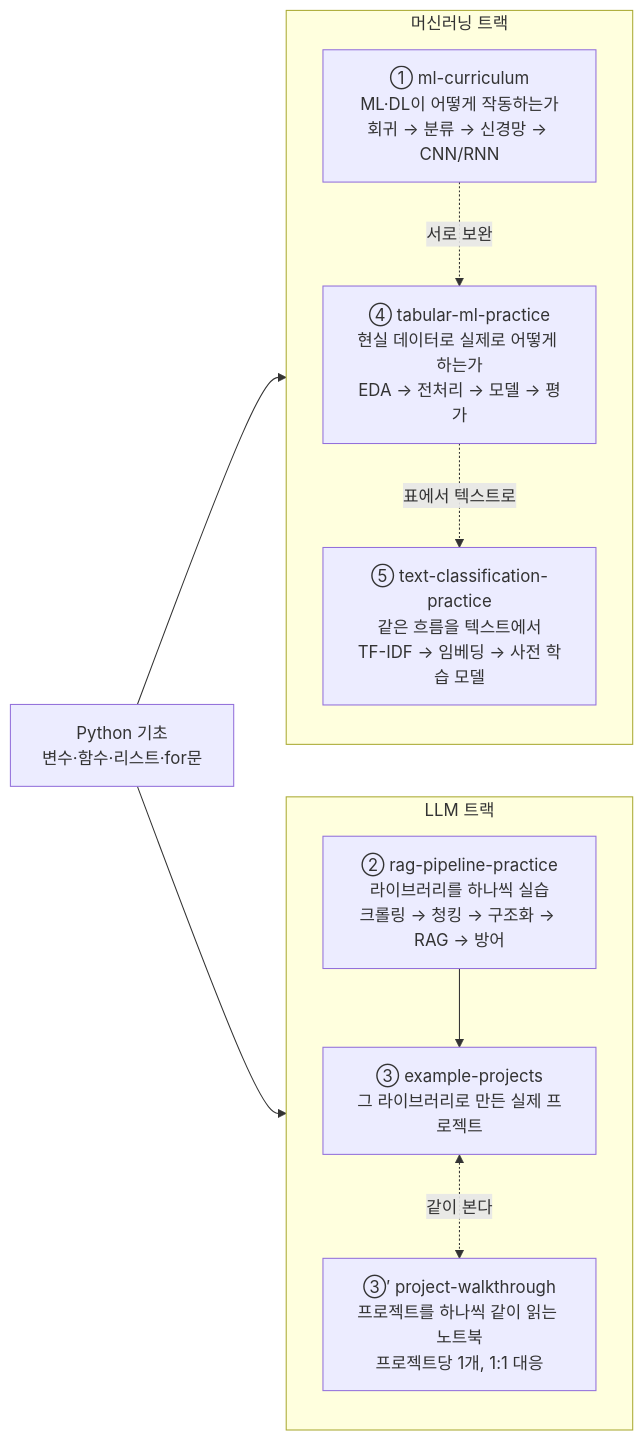
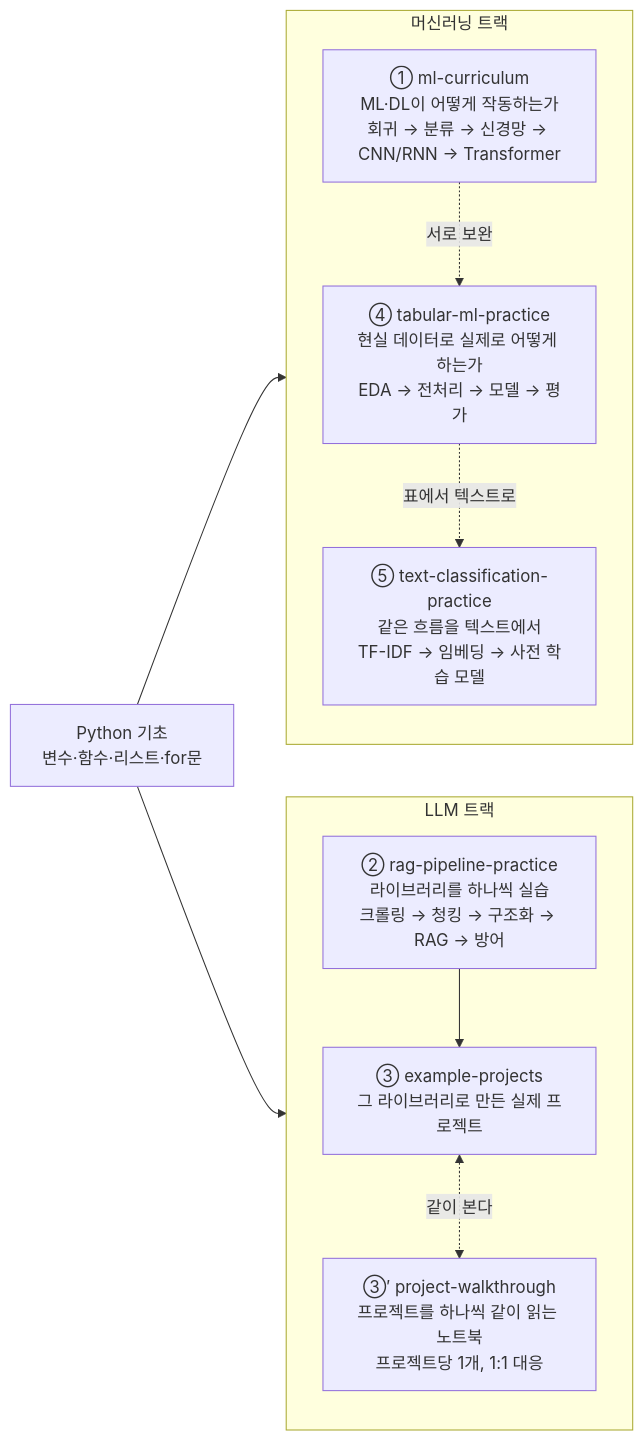
One commit to karzit/temp changed the diagram in README.md. Above: the diagram before and after it, drawn with Mermaid. The commit also changed other lines of this file and 5 other files, not shown here.

````diff
--- a/README.md
+++ b/README.md
@@ -63,25 +63,25 @@
 ```mermaid
 flowchart LR
     P["Python 기초<br/>변수·함수·리스트·for문"]
 
     subgraph ML["머신러닝 트랙"]
         direction TB
-        A["① ml-curriculum<br/>ML·DL이 어떻게 작동하는가<br/>회귀 → 분류 → 신경망 → CNN/RNN"]
+        A["① ml-curriculum<br/>ML·DL이 어떻게 작동하는가<br/>회귀 → 분류 → 신경망 → CNN/RNN → Transformer"]
         D["④ tabular-ml-practice<br/>현실 데이터로 실제로 어떻게 하는가<br/>EDA → 전처리 → 모델 → 평가"]
         T["⑤ text-classification-practice<br/>같은 흐름을 텍스트에서<br/>TF-IDF → 임베딩 → 사전 학습 모델"]
         A -. 서로 보완 .-> D
         D -. 표에서 텍스트로 .-> T
     end
 
     subgraph LLM["LLM 트랙"]
         direction TB
         B["② rag-pipeline-practice<br/>라이브러리를 하나씩 실습<br/>크롤링 → 청킹 → 구조화 → RAG → 방어"]
         C["③ example-projects<br/>그 라이브러리로 만든 실제 프로젝트"]
         W["③′ project-walkthrough<br/>프로젝트를 하나씩 같이 읽는 노트북<br/>프로젝트당 1개, 1:1 대응"]
         B --> C
         C <-. 같이 본다 .-> W
     end
 
     P --> ML
     P --> LLM
 ```
````
